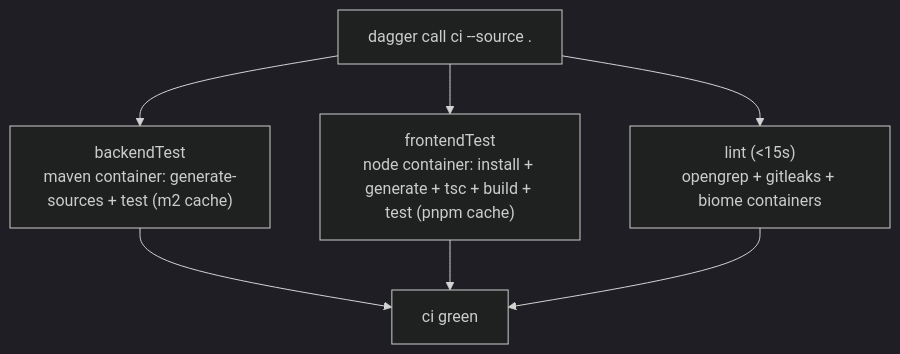
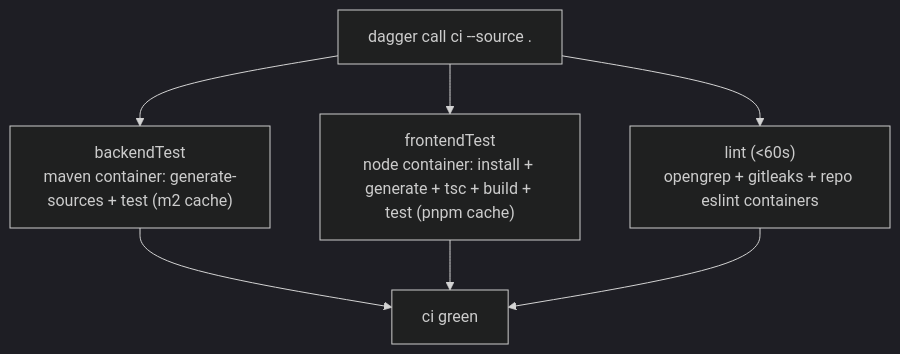
One commit to danparisi/cicd-actions changed the third of 3 diagrams in README.md. Above: the diagram before and after it, drawn with Mermaid (dark theme). The commit also changed other lines of this file and 3 other files, not shown here.

Commit message:
fix(dagger): lint() runs repo-owned eslint instead of zero-config biome

````diff
--- a/README.md
+++ b/README.md
@@ -181,9 +181,9 @@
 ```mermaid
 flowchart TD
     ci["dagger call ci --source ."] --> bt2["backendTest<br/>maven container: generate-sources + test (m2 cache)"]
     ci --> ft2["frontendTest<br/>node container: install + generate + tsc + build + test (pnpm cache)"]
-    ci --> lt2["lint (<15s)<br/>opengrep + gitleaks + biome containers"]
+    ci --> lt2["lint (<60s)<br/>opengrep + gitleaks + repo eslint containers"]
     bt2 --> green2["ci green"]
     ft2 --> green2
     lt2 --> green2
 ```
````
